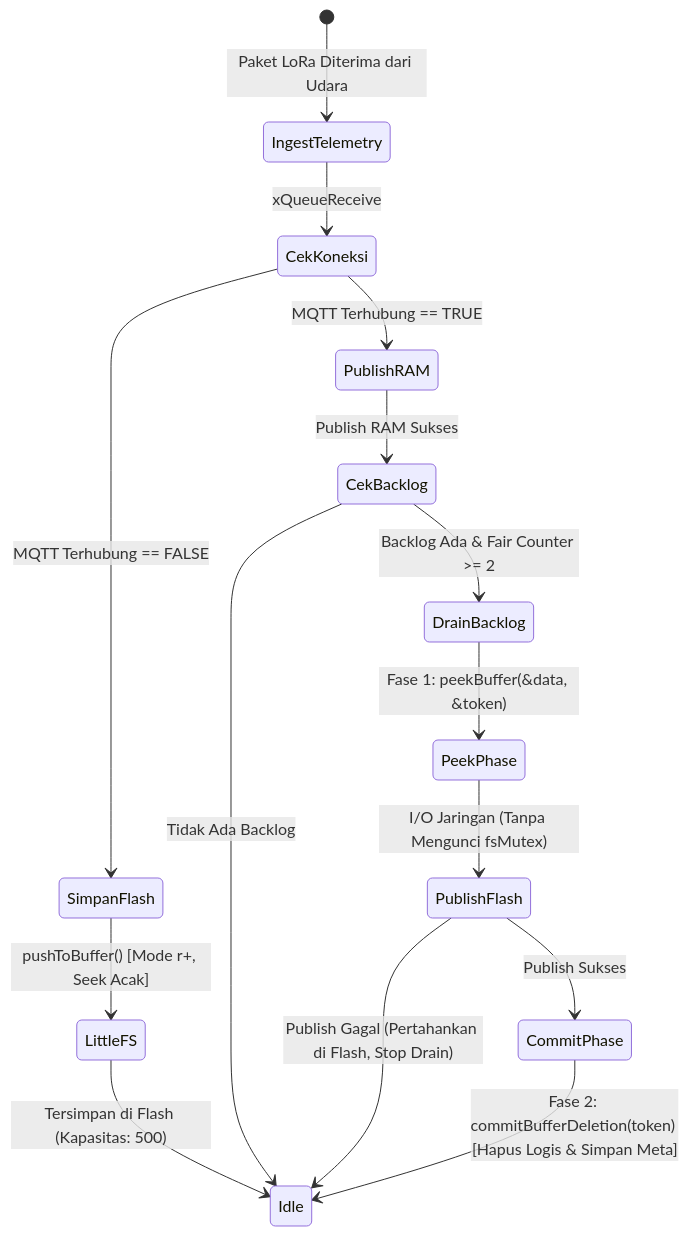
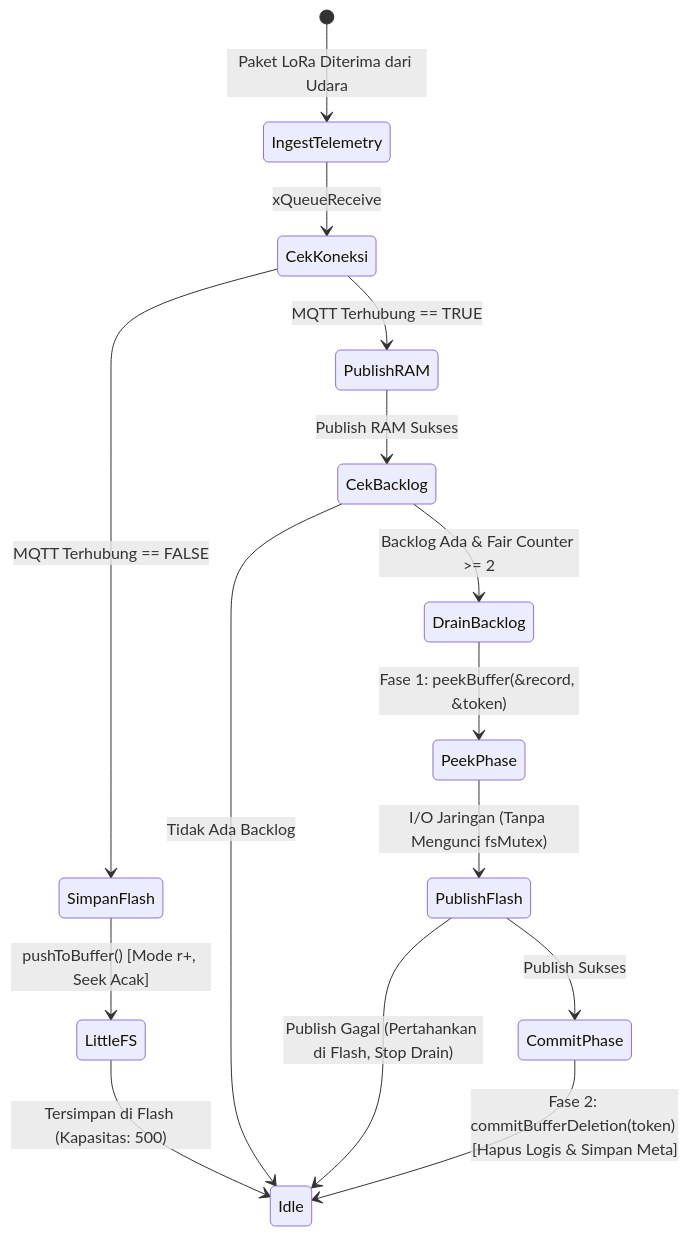
Before and after one commit to DHard4114/DESPRO-4: the third of 3 diagrams in src/firmware/gateway/docs/README.md, drawn with Mermaid. The commit also changed other lines of this file and 6 other files, not shown here.

````diff
--- a/src/firmware/gateway/docs/README.md
+++ b/src/firmware/gateway/docs/README.md
@@ -148,23 +201,23 @@
 ```mermaid
 stateDiagram-v2
     [*] --> IngestTelemetry : Paket LoRa Diterima dari Udara
     IngestTelemetry --> CekKoneksi : xQueueReceive
     
     state CekKoneksi <<choice>>
     CekKoneksi --> PublishRAM : MQTT Terhubung == TRUE
     CekKoneksi --> SimpanFlash : MQTT Terhubung == FALSE
     
     SimpanFlash --> LittleFS : pushToBuffer() [Mode r+, Seek Acak]
     LittleFS --> Idle : Tersimpan di Flash (Kapasitas: 500)
     
     PublishRAM --> CekBacklog : Publish RAM Sukses
     state CekBacklog <<choice>>
     CekBacklog --> DrainBacklog : Backlog Ada & Fair Counter >= 2
     CekBacklog --> Idle : Tidak Ada Backlog
     
-    DrainBacklog --> PeekPhase : Fase 1: peekBuffer(&data, &token)
+    DrainBacklog --> PeekPhase : Fase 1: peekBuffer(&record, &token)
     PeekPhase --> PublishFlash : I/O Jaringan (Tanpa Mengunci fsMutex)
     PublishFlash --> CommitPhase : Publish Sukses
     PublishFlash --> Idle : Publish Gagal (Pertahankan di Flash, Stop Drain)
     CommitPhase --> Idle : Fase 2: commitBufferDeletion(token) [Hapus Logis & Simpan Meta]
 ```
````
